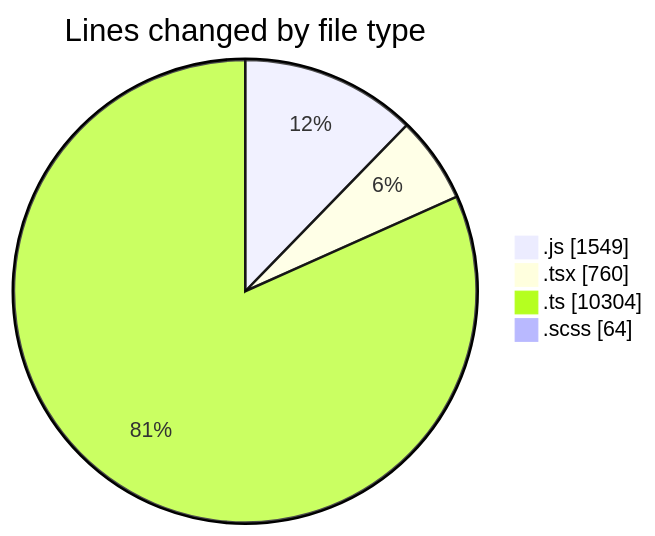
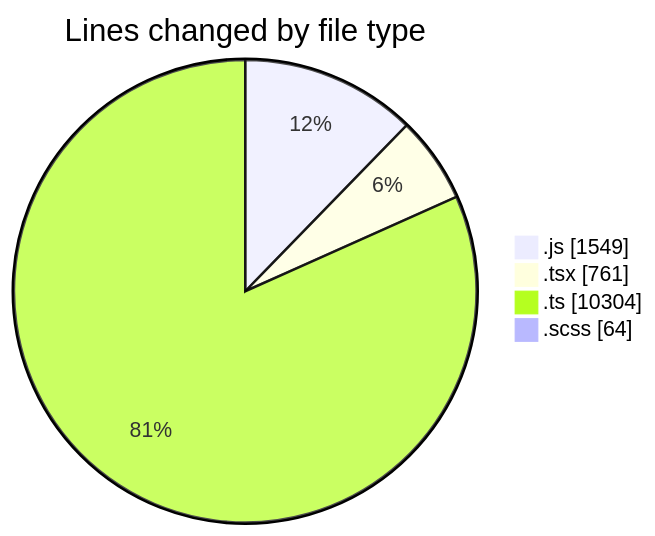
The first of 2 diagrams in 2025-03-13/cda/README.md (momahboobian/code-tracking), drawn with Mermaid before and after one commit. The commit also changed other lines of this file and 1 other file, not shown here.

````diff
--- a/2025-03-13/cda/README.md
+++ b/2025-03-13/cda/README.md
@@ -33,8 +33,8 @@
 ```mermaid
 pie showData
 title Lines changed by file type
 ".js" : 1549
-".tsx" : 760
+".tsx" : 761
 ".ts" : 10304
 ".scss" : 64
 ```
````
